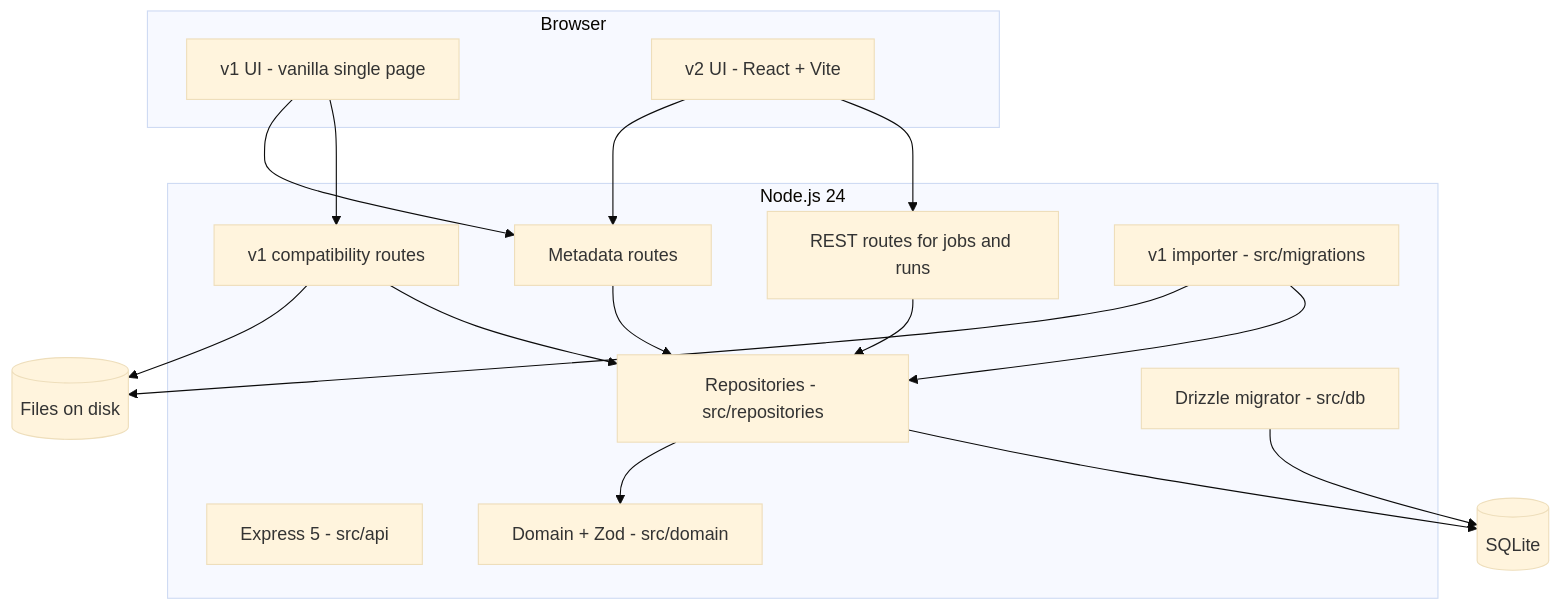
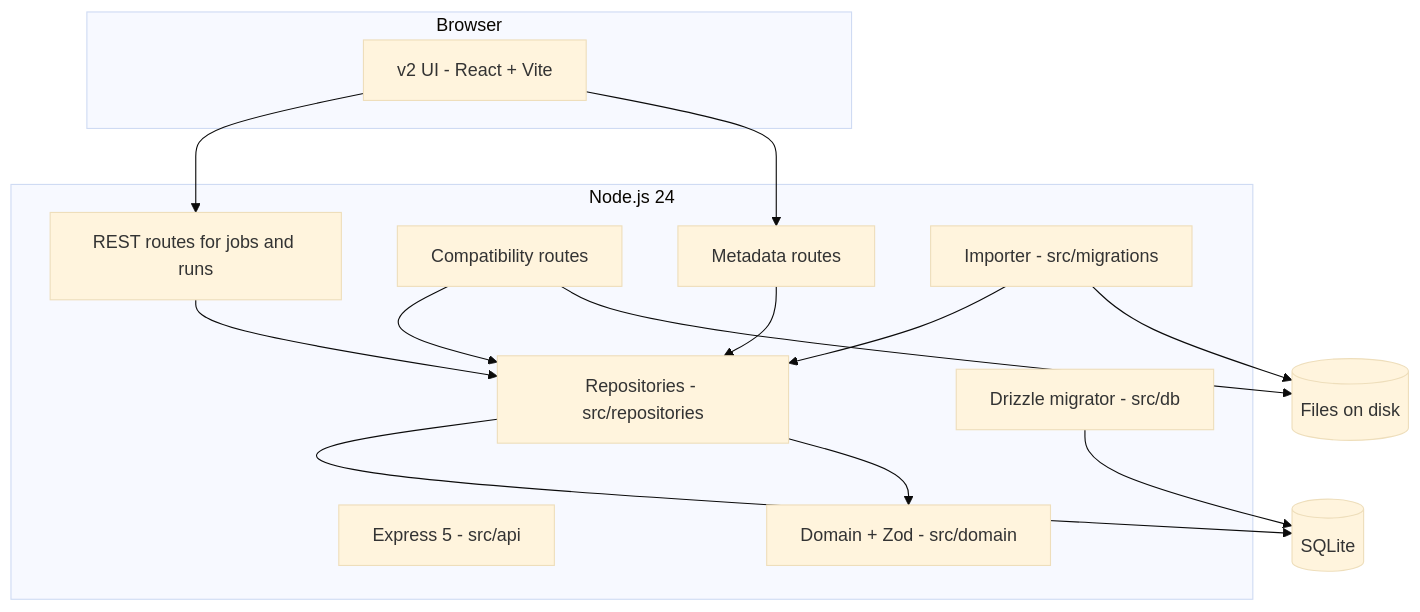
Before and after one commit to HDias/job-search: the second of 8 diagrams in docs/architecture.md, drawn with Mermaid (base theme). The commit also changed other lines of this file and 13 other files, not shown here.

````diff
--- a/docs/architecture.md
+++ b/docs/architecture.md
@@ -41,35 +40,32 @@
 ```mermaid
 flowchart TB
   subgraph BROWSER["Browser"]
-    V1["v1 UI - vanilla single page"]
     V2["v2 UI - React + Vite"]
   end
 
   subgraph NODE["Node.js 24"]
     EXPRESS["Express 5 - src/api"]
     META["Metadata routes"]
-    COMPAT["v1 compatibility routes"]
+    COMPAT["Compatibility routes"]
     JOBS["REST routes for jobs and runs"]
     REPO["Repositories - src/repositories"]
     DOMAIN["Domain + Zod - src/domain"]
-    IMP["v1 importer - src/migrations"]
+    IMP["Importer - src/migrations"]
     MIG["Drizzle migrator - src/db"]
   end
 
   DB[("SQLite")]
   FILES[("Files on disk")]
 
-  V1 --> COMPAT
-  V1 --> META
   V2 --> JOBS
   V2 --> META
   COMPAT --> REPO
   JOBS --> REPO
   META --> REPO
   REPO --> DB
   REPO --> DOMAIN
   IMP --> REPO
   IMP --> FILES
   MIG --> DB
   COMPAT --> FILES
 ```
````
